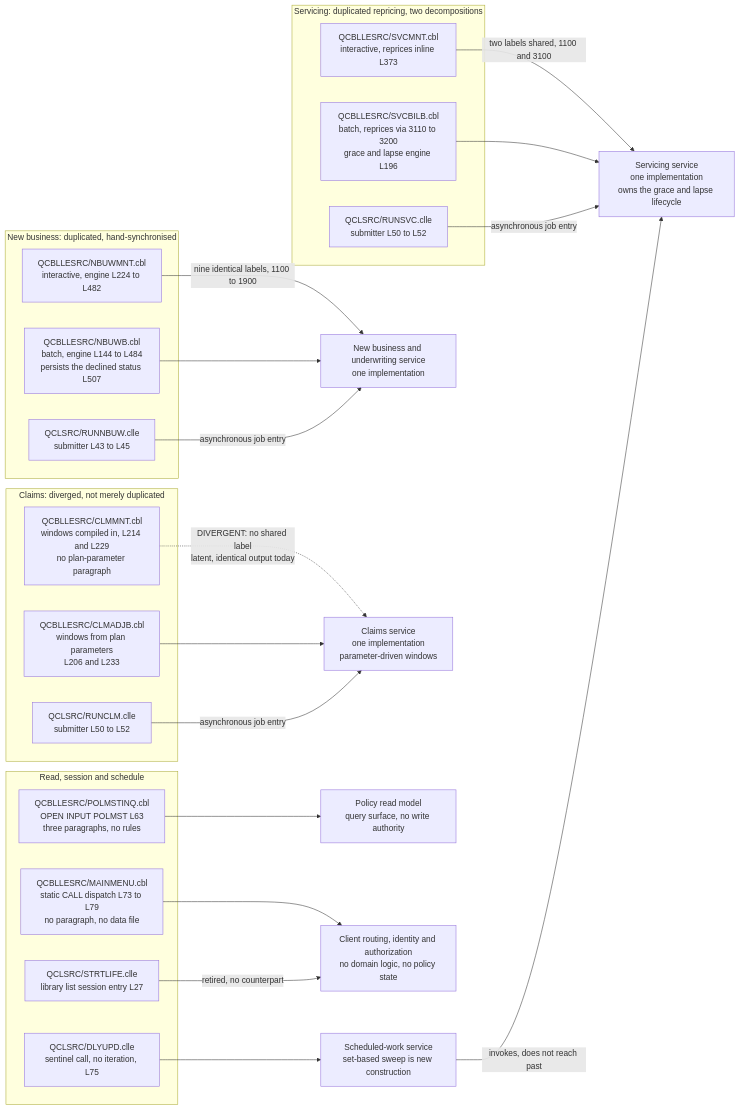
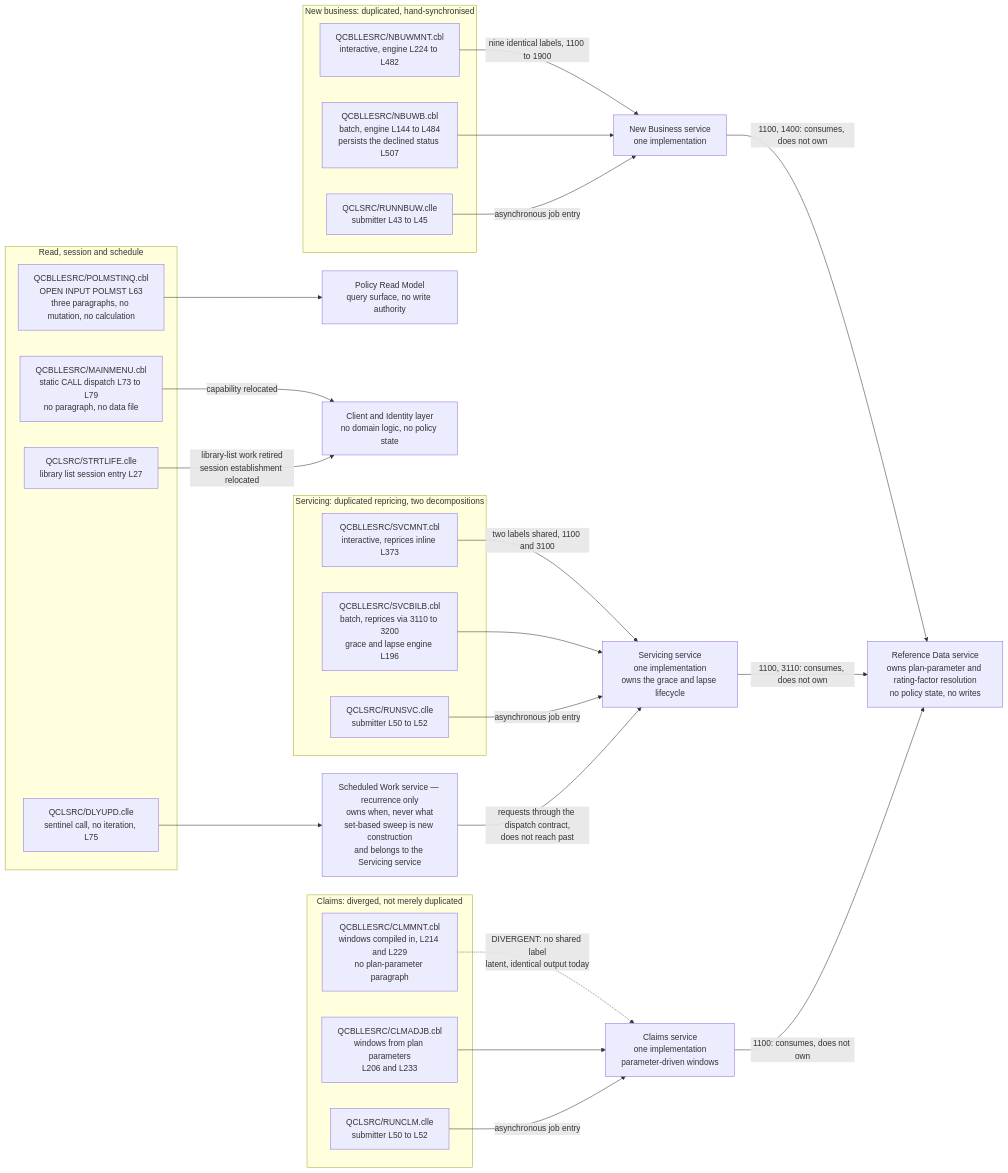
One commit to blitzy-public-samples/blitzy-LIFE400 changed the diagram in docs/modernization/target-state/02-program-to-service-map.md. Above: the diagram before and after it, drawn with Mermaid. The commit also changed other lines of this file and 13 other files, not shown here.

````diff
--- a/docs/modernization/target-state/02-program-to-service-map.md
+++ b/docs/modernization/target-state/02-program-to-service-map.md
@@ -252,44 +308,48 @@
 ```mermaid
 flowchart LR
     subgraph NBS["New business: duplicated, hand-synchronised"]
         NBON["QCBLLESRC/NBUWMNT.cbl<br/>interactive, engine L224 to L482"]
         NBBA["QCBLLESRC/NBUWB.cbl<br/>batch, engine L144 to L484<br/>persists the declined status L507"]
         NBSU["QCLSRC/RUNNBUW.clle<br/>submitter L43 to L45"]
     end
     subgraph SVS["Servicing: duplicated repricing, two decompositions"]
         SVON["QCBLLESRC/SVCMNT.cbl<br/>interactive, reprices inline L373"]
         SVBA["QCBLLESRC/SVCBILB.cbl<br/>batch, reprices via 3110 to 3200<br/>grace and lapse engine L196"]
         SVSU["QCLSRC/RUNSVC.clle<br/>submitter L50 to L52"]
     end
     subgraph CLS["Claims: diverged, not merely duplicated"]
         CLON["QCBLLESRC/CLMMNT.cbl<br/>windows compiled in, L214 and L229<br/>no plan-parameter paragraph"]
         CLBA["QCBLLESRC/CLMADJB.cbl<br/>windows from plan parameters<br/>L206 and L233"]
         CLSU["QCLSRC/RUNCLM.clle<br/>submitter L50 to L52"]
     end
     subgraph OTH["Read, session and schedule"]
-        INQ["QCBLLESRC/POLMSTINQ.cbl<br/>OPEN INPUT POLMST L63<br/>three paragraphs, no rules"]
+        INQ["QCBLLESRC/POLMSTINQ.cbl<br/>OPEN INPUT POLMST L63<br/>three paragraphs, no mutation, no calculation"]
         MEN["QCBLLESRC/MAINMENU.cbl<br/>static CALL dispatch L73 to L79<br/>no paragraph, no data file"]
         STR["QCLSRC/STRTLIFE.clle<br/>library list session entry L27"]
         NIG["QCLSRC/DLYUPD.clle<br/>sentinel call, no iteration, L75"]
     end
-    NBSVC["New business and underwriting service<br/>one implementation"]
+    NBSVC["New Business service<br/>one implementation"]
     SVSVC["Servicing service<br/>one implementation<br/>owns the grace and lapse lifecycle"]
     CLSVC["Claims service<br/>one implementation<br/>parameter-driven windows"]
-    READ["Policy read model<br/>query surface, no write authority"]
-    ROUTE["Client routing, identity and authorization<br/>no domain logic, no policy state"]
-    SCHED["Scheduled-work service<br/>set-based sweep is new construction"]
+    REFSVC["Reference Data service<br/>owns plan-parameter and rating-factor resolution<br/>no policy state, no writes"]
+    READ["Policy Read Model<br/>query surface, no write authority"]
+    ROUTE["Client and Identity layer<br/>no domain logic, no policy state"]
+    SCHED["Scheduled Work service — recurrence only<br/>owns when, never what<br/>set-based sweep is new construction<br/>and belongs to the Servicing service"]
     NBON -->|"nine identical labels, 1100 to 1900"| NBSVC
     NBBA --> NBSVC
     NBSU -->|"asynchronous job entry"| NBSVC
     SVON -->|"two labels shared, 1100 and 3100"| SVSVC
     SVBA --> SVSVC
     SVSU -->|"asynchronous job entry"| SVSVC
     CLON -.->|"DIVERGENT: no shared label<br/>latent, identical output today"| CLSVC
     CLBA --> CLSVC
     CLSU -->|"asynchronous job entry"| CLSVC
     INQ --> READ
-    MEN --> ROUTE
-    STR -->|"retired, no counterpart"| ROUTE
+    MEN -->|"capability relocated"| ROUTE
+    STR -->|"library-list work retired<br/>session establishment relocated"| ROUTE
     NIG --> SCHED
-    SCHED -->|"invokes, does not reach past"| SVSVC
+    SCHED -->|"requests through the dispatch contract,<br/>does not reach past"| SVSVC
+    NBSVC -->|"1100, 1400: consumes, does not own"| REFSVC
+    SVSVC -->|"1100, 3110: consumes, does not own"| REFSVC
+    CLSVC -->|"1100: consumes, does not own"| REFSVC
 ```
````
